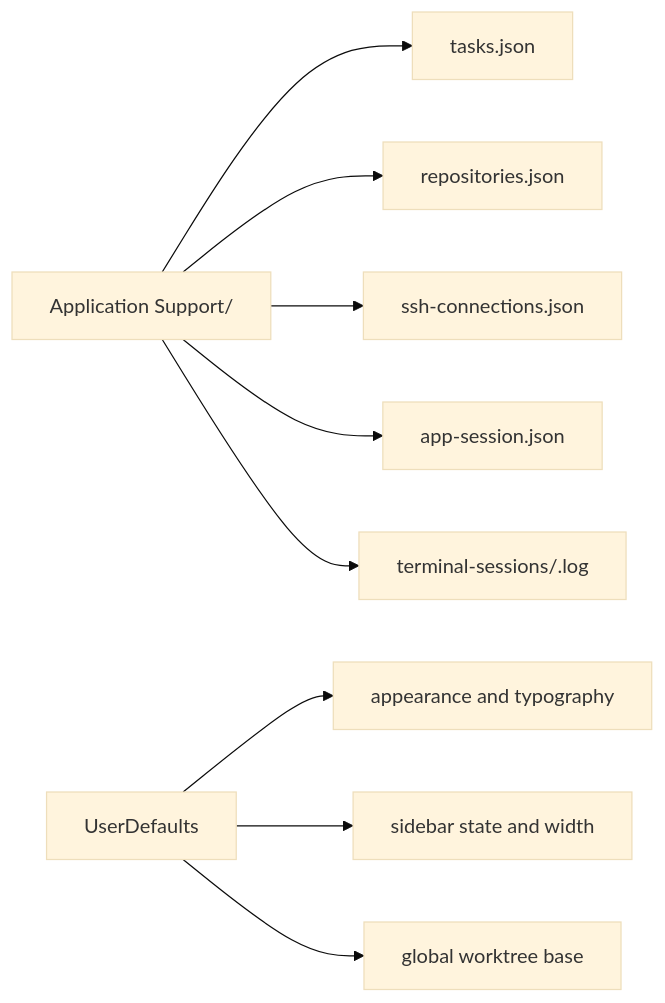
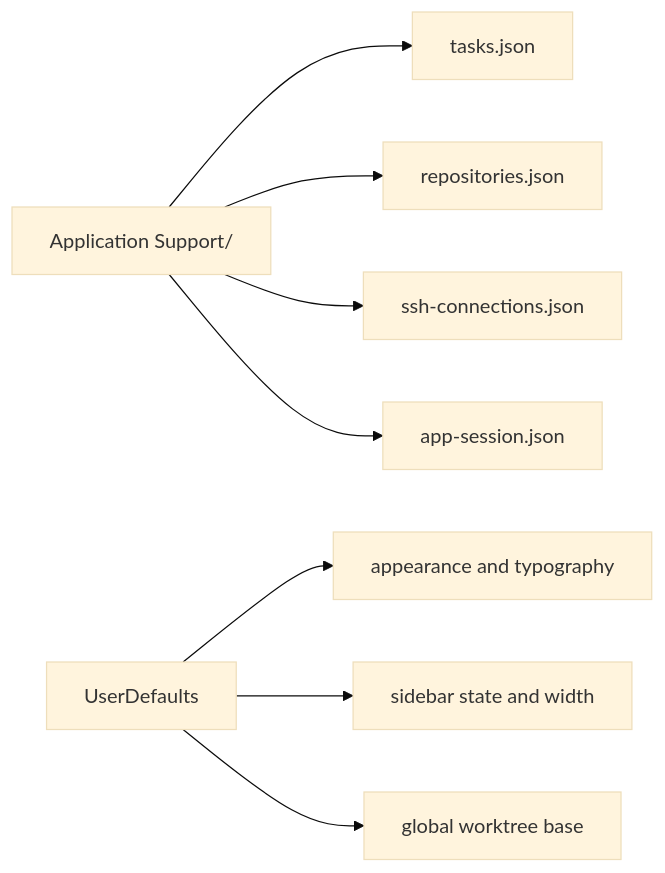
One commit to gh0stonio/pinata changed the third of 5 diagrams in docs/application-architecture.md. Above: the diagram before and after it, drawn with Mermaid (base theme). The commit also changed other lines of this file and 16 other files, not shown here.

Commit message:
Use zmx for durable terminal sessions

````diff
--- a/docs/application-architecture.md
+++ b/docs/application-architecture.md
@@ -98,11 +98,10 @@
 ```mermaid
 flowchart LR
     AppSupport[Application Support/<bundle-id>] --> Tasks[tasks.json]
     AppSupport --> Repos[repositories.json]
     AppSupport --> Connections[ssh-connections.json]
     AppSupport --> Session[app-session.json]
-    AppSupport --> Journals[terminal-sessions/<pane-id>.log]
     Defaults[UserDefaults] --> Appearance[appearance and typography]
     Defaults --> Sidebar[sidebar state and width]
     Defaults --> WorktreeDefault[global worktree base]
 ```
````
